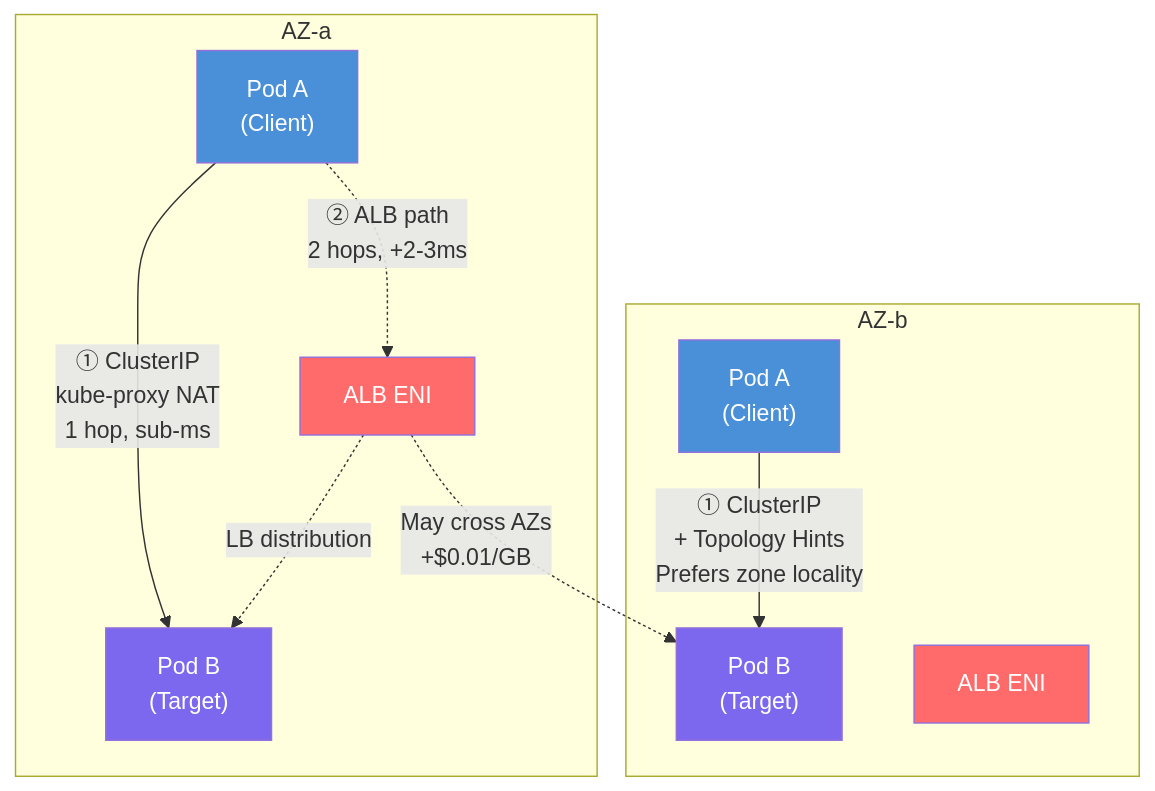
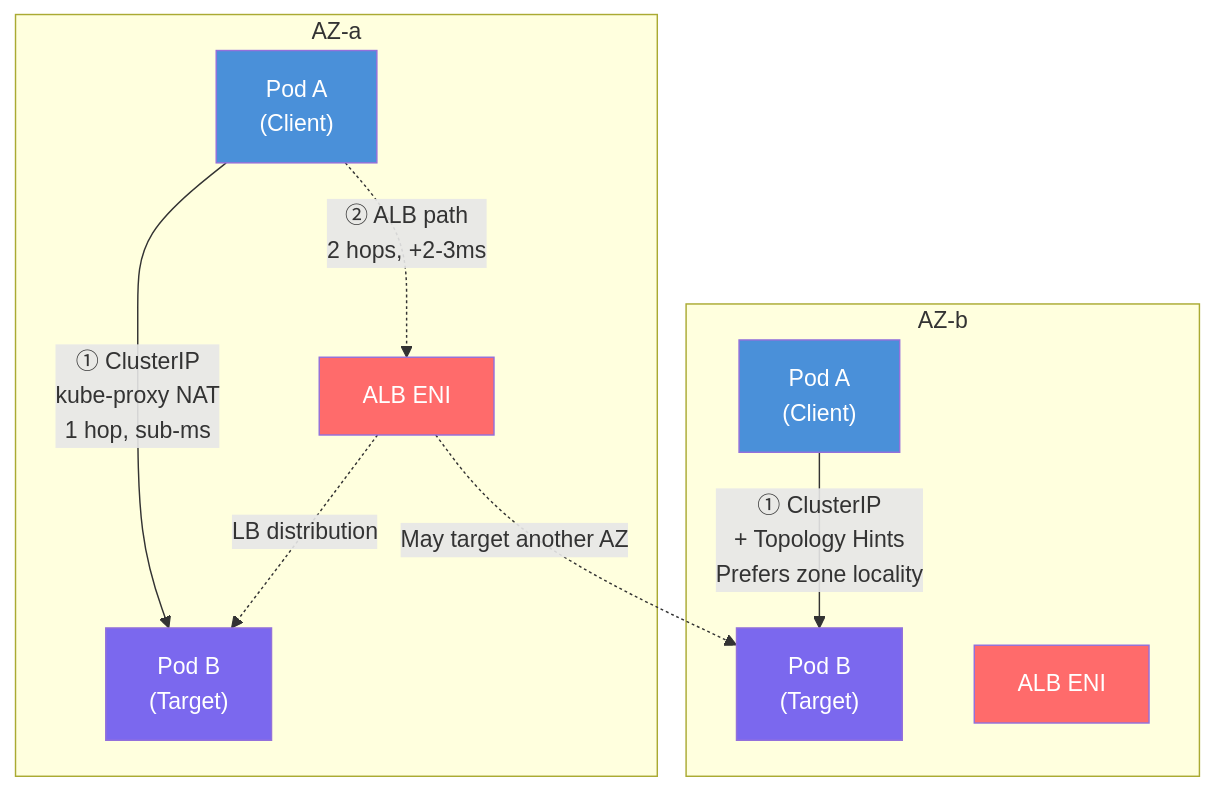
The first of 2 diagrams in docs/eks-best-practices/networking-performance/east-west-traffic-best-practice.md (devfloor9/engineering-playbook), drawn with Mermaid before and after one commit. The commit also changed other lines of this file and 9 other files, not shown here.

````diff
--- a/docs/eks-best-practices/networking-performance/east-west-traffic-best-practice.md
+++ b/docs/eks-best-practices/networking-performance/east-west-traffic-best-practice.md
@@ -106,28 +106,28 @@
 ```mermaid
 graph TB
     subgraph AZ_A["AZ-a"]
         PodA1["Pod A<br/>(Client)"]
         PodB1["Pod B<br/>(Target)"]
         ALB_ENI_A["ALB ENI"]
     end
 
     subgraph AZ_B["AZ-b"]
         PodA2["Pod A<br/>(Client)"]
         PodB2["Pod B<br/>(Target)"]
         ALB_ENI_B["ALB ENI"]
     end
 
     PodA1 -->|"① ClusterIP<br/>kube-proxy NAT<br/>1 hop, sub-ms"| PodB1
     PodA1 -.->|"② ALB path<br/>2 hops, +2-3ms"| ALB_ENI_A
     ALB_ENI_A -.->|"LB distribution"| PodB1
-    ALB_ENI_A -.->|"May cross AZs<br/>+$0.01/GB"| PodB2
+    ALB_ENI_A -.->|"May target another AZ"| PodB2
 
     PodA2 -->|"① ClusterIP<br/>+ Topology Hints<br/>Prefers zone locality"| PodB2
 
     style PodA1 fill:#4A90D9,color:#fff
     style PodA2 fill:#4A90D9,color:#fff
     style PodB1 fill:#7B68EE,color:#fff
     style PodB2 fill:#7B68EE,color:#fff
     style ALB_ENI_A fill:#FF6B6B,color:#fff
     style ALB_ENI_B fill:#FF6B6B,color:#fff
 ```
````
